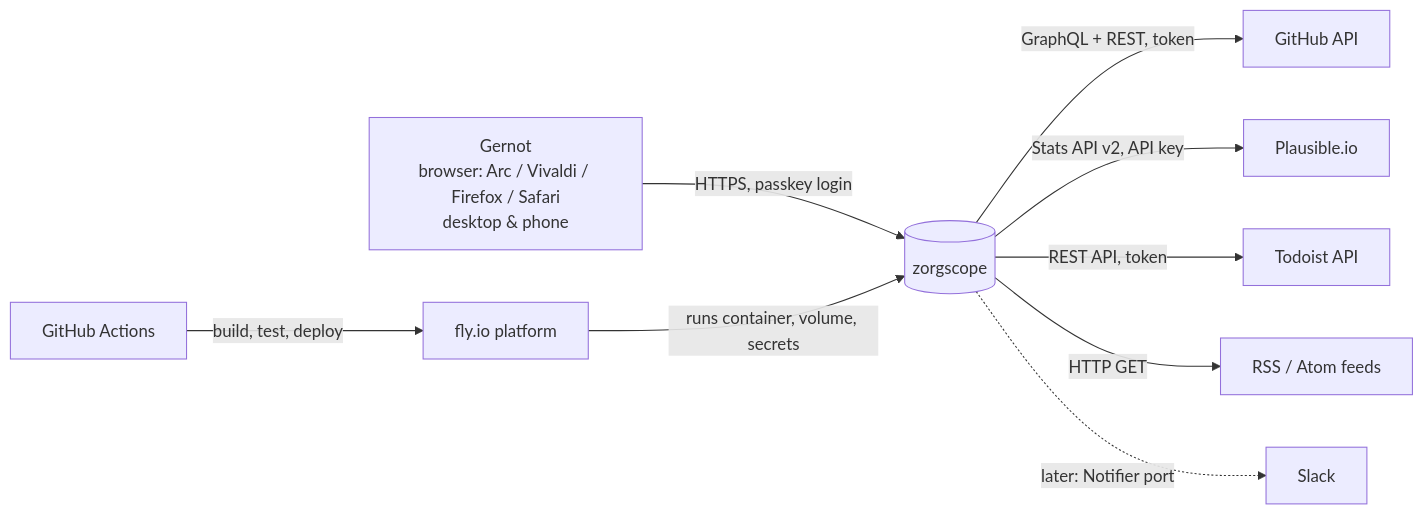
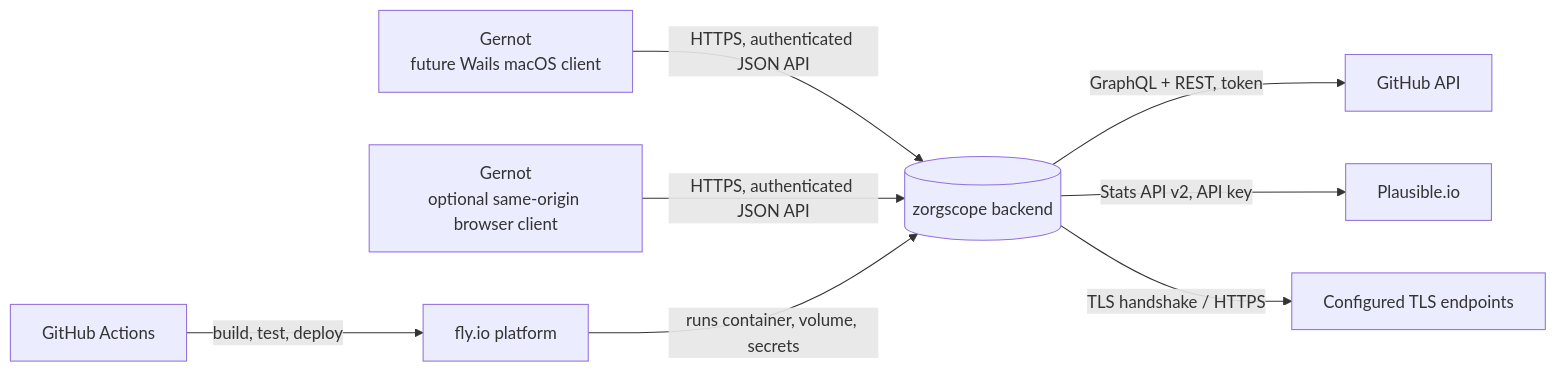
Before and after one commit to gernotstarke/zorgscope: the diagram in docs/requirements/03-scope-and-context.md, drawn with Mermaid. The commit also changed other lines of this file and 79 other files, not shown here.

````diff
--- a/docs/requirements/03-scope-and-context.md
+++ b/docs/requirements/03-scope-and-context.md
@@ -28,11 +31,10 @@
 ```mermaid
 flowchart LR
-    U[Gernot<br/>browser: Arc / Vivaldi / Firefox / Safari<br/>desktop & phone] -->|HTTPS, passkey login| Z[(zorgscope)]
+    W[Gernot<br/>future Wails macOS client] -->|HTTPS, authenticated JSON API| Z[(zorgscope backend)]
+    B[Gernot<br/>optional same-origin browser client] -->|HTTPS, authenticated JSON API| Z
     Z -->|GraphQL + REST, token| GH[GitHub API]
     Z -->|Stats API v2, API key| PL[Plausible.io]
-    Z -->|REST API, token| TD[Todoist API]
-    Z -->|HTTP GET| RSS[RSS / Atom feeds]
-    Z -.->|later: Notifier port| SL[Slack]
+    Z -->|TLS handshake / HTTPS| TLS[Configured TLS endpoints]
     OPS[fly.io platform] -->|runs container, volume, secrets| Z
     CI[GitHub Actions] -->|build, test, deploy| OPS
 ```
````
